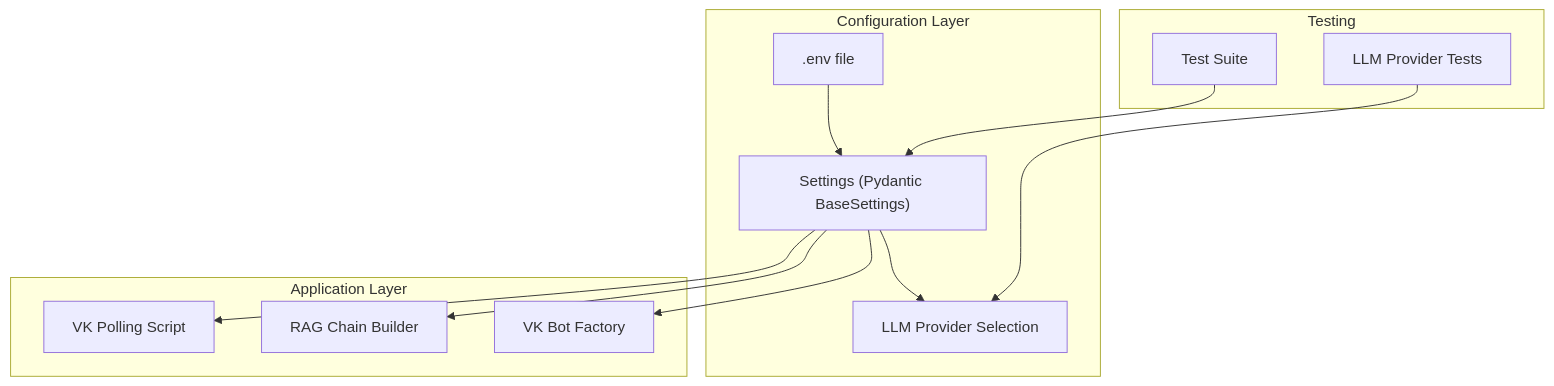
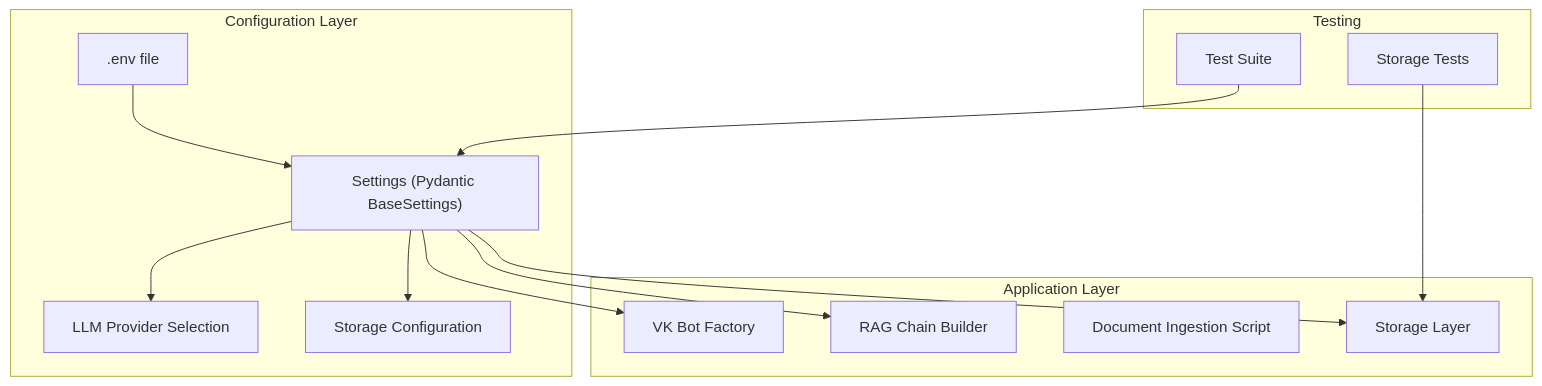
The first of 7 diagrams in .qoder/repowiki/en/content/Configuration Management.md (ognelis/cafetera_hr_bot), drawn with Mermaid before and after one commit. The commit also changed other lines of this file and 9 other files, not shown here.

````diff
--- a/.qoder/repowiki/en/content/Configuration Management.md
+++ b/.qoder/repowiki/en/content/Configuration Management.md
@@ -49,24 +53,27 @@
 ```mermaid
 graph TB
 subgraph "Configuration Layer"
 SettingsClass["Settings (Pydantic BaseSettings)"]
 EnvFile[".env file"]
 LLMProvider["LLM Provider Selection"]
+StorageConfig["Storage Configuration"]
 end
 subgraph "Application Layer"
 VKBot["VK Bot Factory"]
 RAGChain["RAG Chain Builder"]
-PollingScript["VK Polling Script"]
+IngestScript["Document Ingestion Script"]
+StorageLayer["Storage Layer"]
 end
 subgraph "Testing"
 TestConfig["Test Suite"]
-TestLLMProvider["LLM Provider Tests"]
+TestStorage["Storage Tests"]
 end
 EnvFile --> SettingsClass
 SettingsClass --> LLMProvider
 SettingsClass --> VKBot
 SettingsClass --> RAGChain
-SettingsClass --> PollingScript
+SettingsClass --> StorageConfig
+SettingsClass --> StorageLayer
 TestConfig --> SettingsClass
-TestLLMProvider --> LLMProvider
+TestStorage --> StorageLayer
 ```
````
